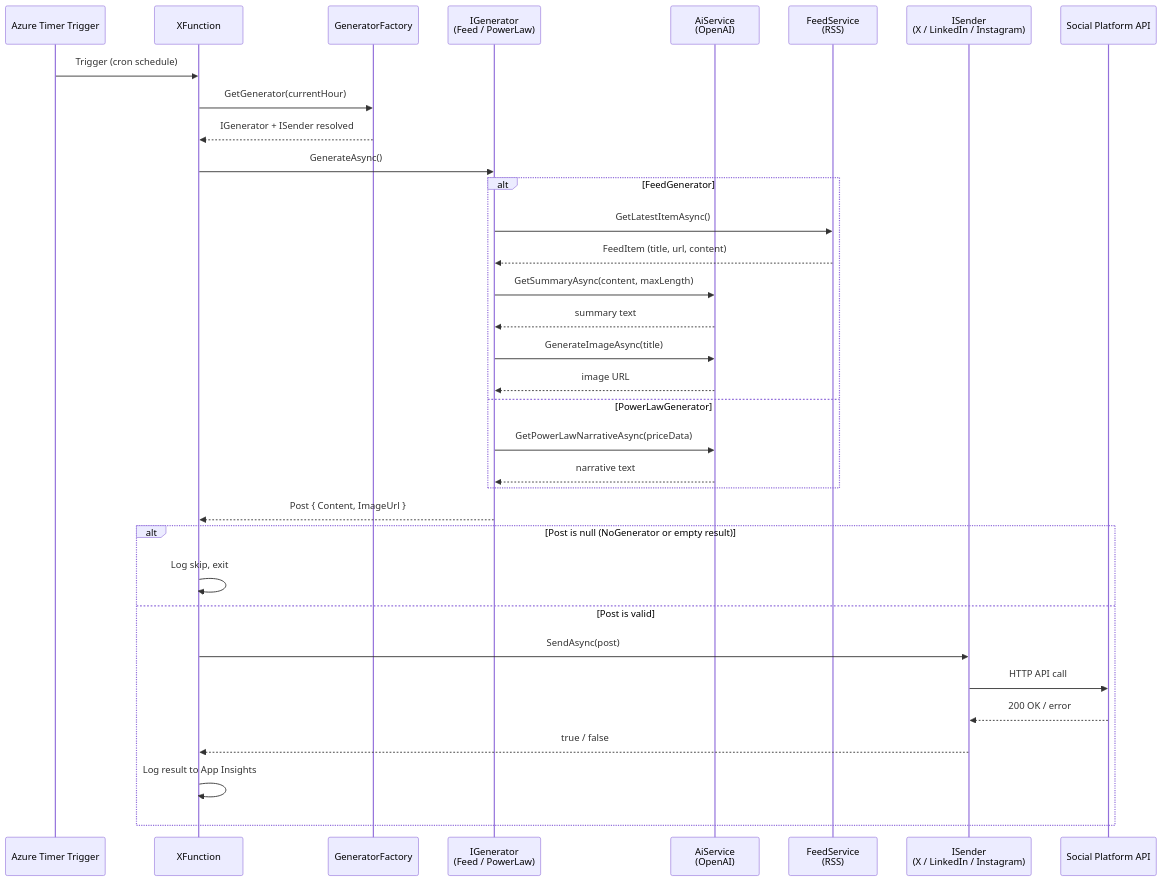
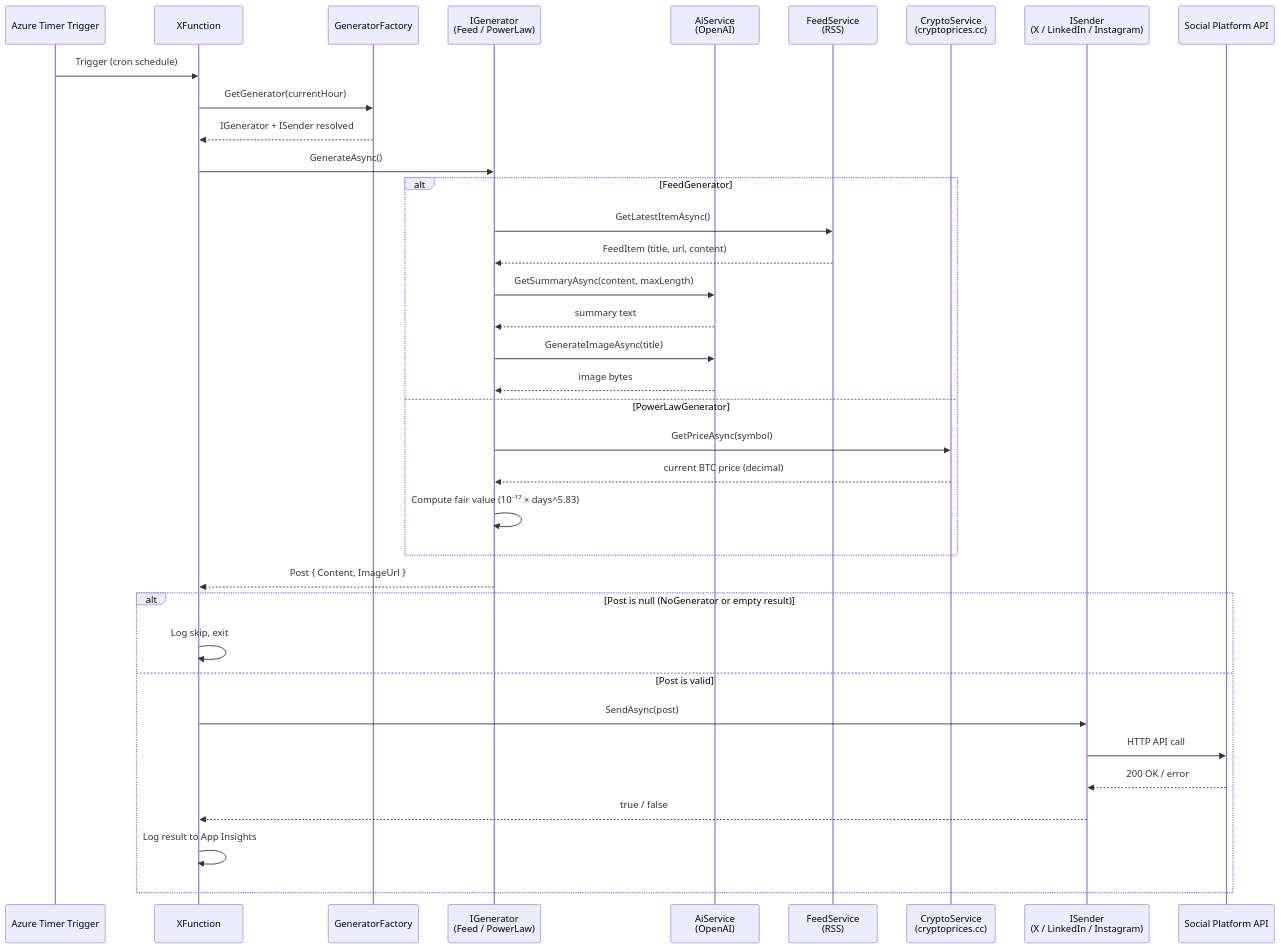
The diagram in ARCHITECTURE.md (artcava/XPoster), drawn with Mermaid before and after one commit. The commit also changed other lines of this file and 1 other file, not shown here.

First line of the commit message:
docs: align README and ARCHITECTURE with actual code

````diff
--- a/ARCHITECTURE.md
+++ b/ARCHITECTURE.md
@@ -317,41 +313,43 @@
 ```mermaid
 sequenceDiagram
     participant Timer as Azure Timer Trigger
     participant Fn as XFunction
     participant Factory as GeneratorFactory
     participant Gen as IGenerator<br/>(Feed / PowerLaw)
     participant AI as AiService<br/>(OpenAI)
     participant Feed as FeedService<br/>(RSS)
+    participant Crypto as CryptoService<br/>(cryptoprices.cc)
     participant Sender as ISender<br/>(X / LinkedIn / Instagram)
     participant Platform as Social Platform API
 
     Timer->>Fn: Trigger (cron schedule)
     Fn->>Factory: GetGenerator(currentHour)
     Factory-->>Fn: IGenerator + ISender resolved
 
     Fn->>Gen: GenerateAsync()
 
     alt FeedGenerator
         Gen->>Feed: GetLatestItemAsync()
         Feed-->>Gen: FeedItem (title, url, content)
         Gen->>AI: GetSummaryAsync(content, maxLength)
         AI-->>Gen: summary text
         Gen->>AI: GenerateImageAsync(title)
-        AI-->>Gen: image URL
+        AI-->>Gen: image bytes
     else PowerLawGenerator
-        Gen->>AI: GetPowerLawNarrativeAsync(priceData)
-        AI-->>Gen: narrative text
+        Gen->>Crypto: GetPriceAsync(symbol)
+        Crypto-->>Gen: current BTC price (decimal)
+        Gen->>Gen: Compute fair value (10⁻¹⁷ × days^5.83)
     end
 
     Gen-->>Fn: Post { Content, ImageUrl }
 
     alt Post is null (NoGenerator or empty result)
         Fn->>Fn: Log skip, exit
     else Post is valid
         Fn->>Sender: SendAsync(post)
         Sender->>Platform: HTTP API call
         Platform-->>Sender: 200 OK / error
         Sender-->>Fn: true / false
         Fn->>Fn: Log result to App Insights
     end
 ```
````
